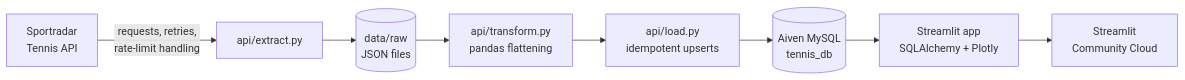
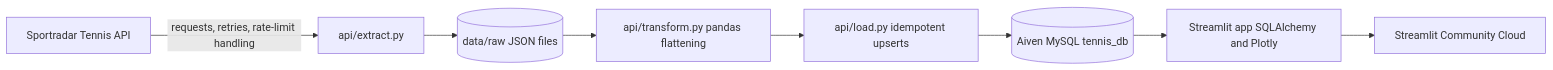
The diagram in README.md (abhi-1009/tennis-rankings-explorer), drawn with Mermaid before and after one commit.

Commit message:
Fix README architecture diagram

````diff
--- a/README.md
+++ b/README.md
@@ -78,10 +78,10 @@
 ```mermaid
 flowchart LR
-    A[Sportradar<br/>Tennis API] -->|requests, retries,<br/>rate-limit handling| B[api/extract.py]
-    B --> C[(data/raw<br/>JSON files)]
-    C --> D[api/transform.py<br/>pandas flattening]
-    D --> E[api/load.py<br/>idempotent upserts]
-    E --> F[(Aiven MySQL<br/>tennis_db)]
-    F --> G[Streamlit app<br/>SQLAlchemy + Plotly]
-    G --> H[Streamlit<br/>Community Cloud]
+    A["Sportradar Tennis API"] -->|"requests, retries, rate-limit handling"| B["api/extract.py"]
+    B --> C[("data/raw JSON files")]
+    C --> D["api/transform.py pandas flattening"]
+    D --> E["api/load.py idempotent upserts"]
+    E --> F[("Aiven MySQL tennis_db")]
+    F --> G["Streamlit app SQLAlchemy and Plotly"]
+    G --> H["Streamlit Community Cloud"]
 ```
````
